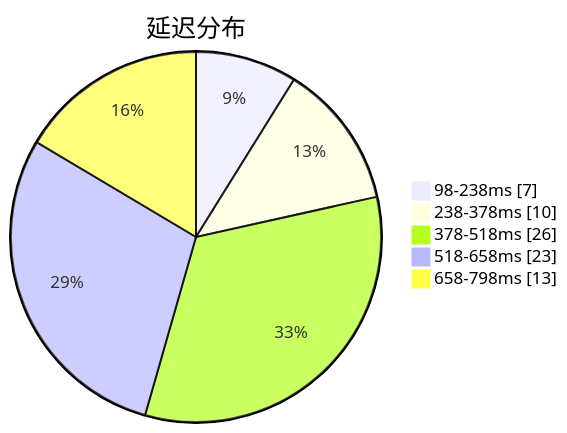
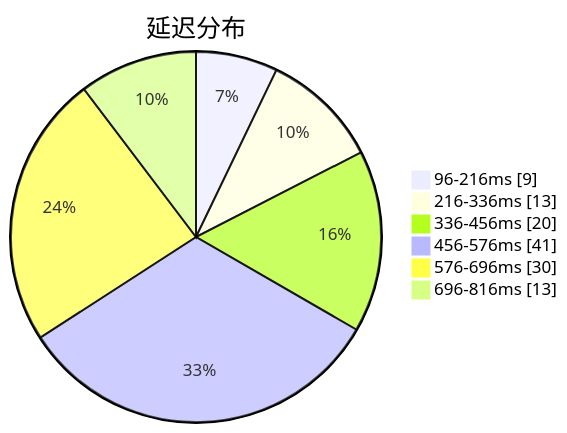
Before and after one commit to sinspired/airport: the first of 3 diagrams in subs/statistics/tested_within.md, drawn with Mermaid. The commit also changed other lines of this file and 2 other files, not shown here.

````diff
--- a/subs/statistics/tested_within.md
+++ b/subs/statistics/tested_within.md
@@ -2,9 +2,10 @@
 ```mermaid
 pie showData
 title 延迟分布
-"98-238ms" : 7
-"238-378ms" : 10
-"378-518ms" : 26
-"518-658ms" : 23
-"658-798ms" : 13
+"96-216ms" : 9
+"216-336ms" : 13
+"336-456ms" : 20
+"456-576ms" : 41
+"576-696ms" : 30
+"696-816ms" : 13
 ```
````
